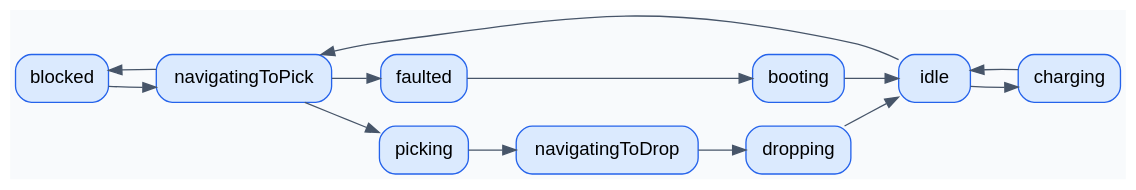
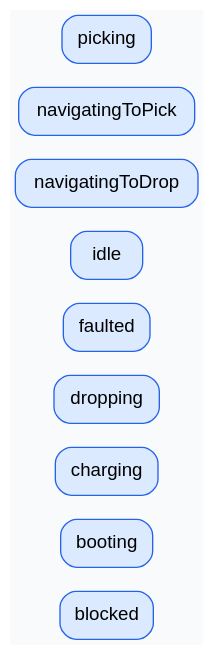
Before and after one commit to lukewilliamboswell/roc-spec42: the diagram in examples/warehouse_robot/output/warehouse-robot-state-machine.dot, drawn with Graphviz. The commit also changed 11 other files, not shown here.

```diff
--- a/examples/warehouse_robot/output/warehouse-robot-state-machine.dot
+++ b/examples/warehouse_robot/output/warehouse-robot-state-machine.dot
@@ -1,27 +1,16 @@
 digraph WarehouseRobotMission {
   rankdir=LR;
   graph [fontname="Helvetica", bgcolor="#f8fafc"];
   node [fontname="Helvetica", shape=box, style="rounded,filled", fillcolor="#dbeafe", color="#2563eb"];
   edge [fontname="Helvetica", color="#475569"];
   "blocked" [label="blocked"]
   "booting" [label="booting"]
   "charging" [label="charging"]
   "dropping" [label="dropping"]
   "faulted" [label="faulted"]
   "idle" [label="idle"]
   "navigatingToDrop" [label="navigatingToDrop"]
   "navigatingToPick" [label="navigatingToPick"]
   "picking" [label="picking"]
-  "blocked" -> "navigatingToPick";
-  "booting" -> "idle";
-  "charging" -> "idle";
-  "dropping" -> "idle";
-  "faulted" -> "booting";
-  "idle" -> "charging";
-  "idle" -> "navigatingToPick";
-  "navigatingToDrop" -> "dropping";
-  "navigatingToPick" -> "blocked";
-  "navigatingToPick" -> "faulted";
-  "navigatingToPick" -> "picking";
-  "picking" -> "navigatingToDrop";
+
 }
```
